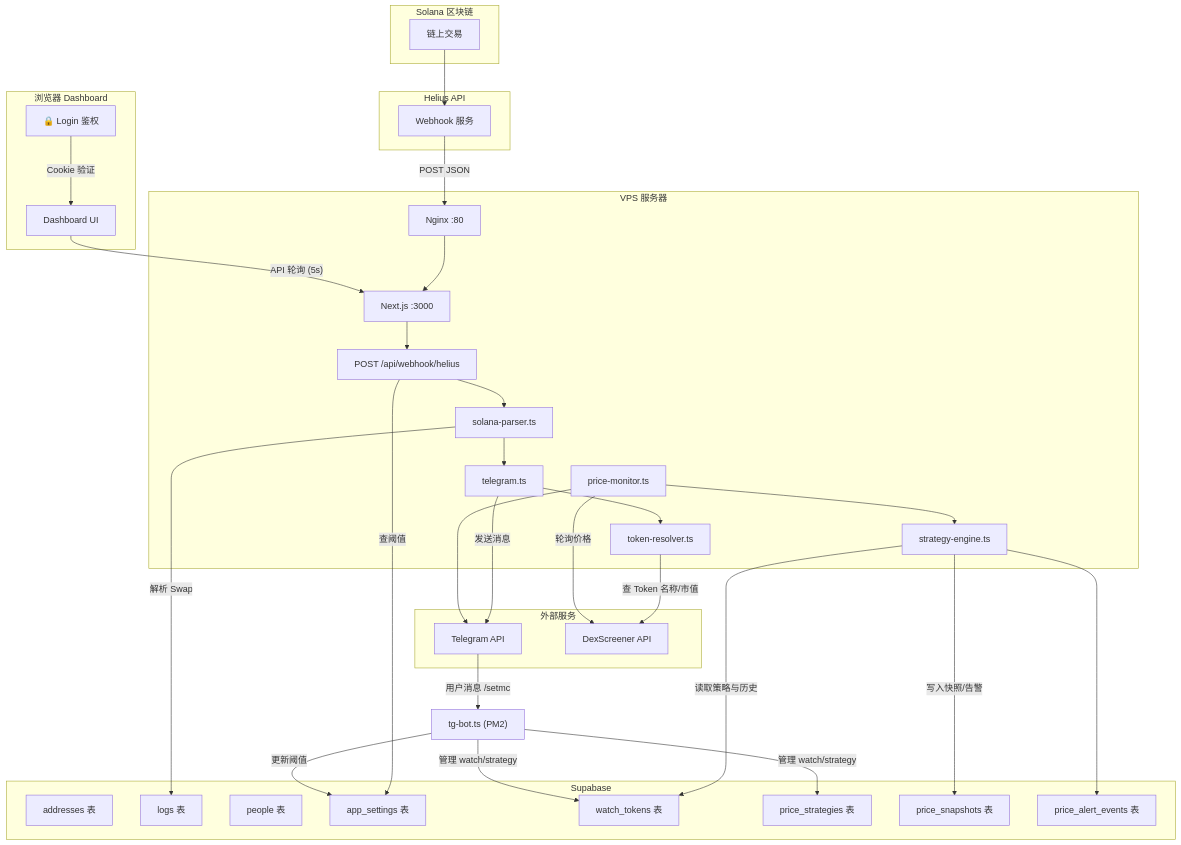
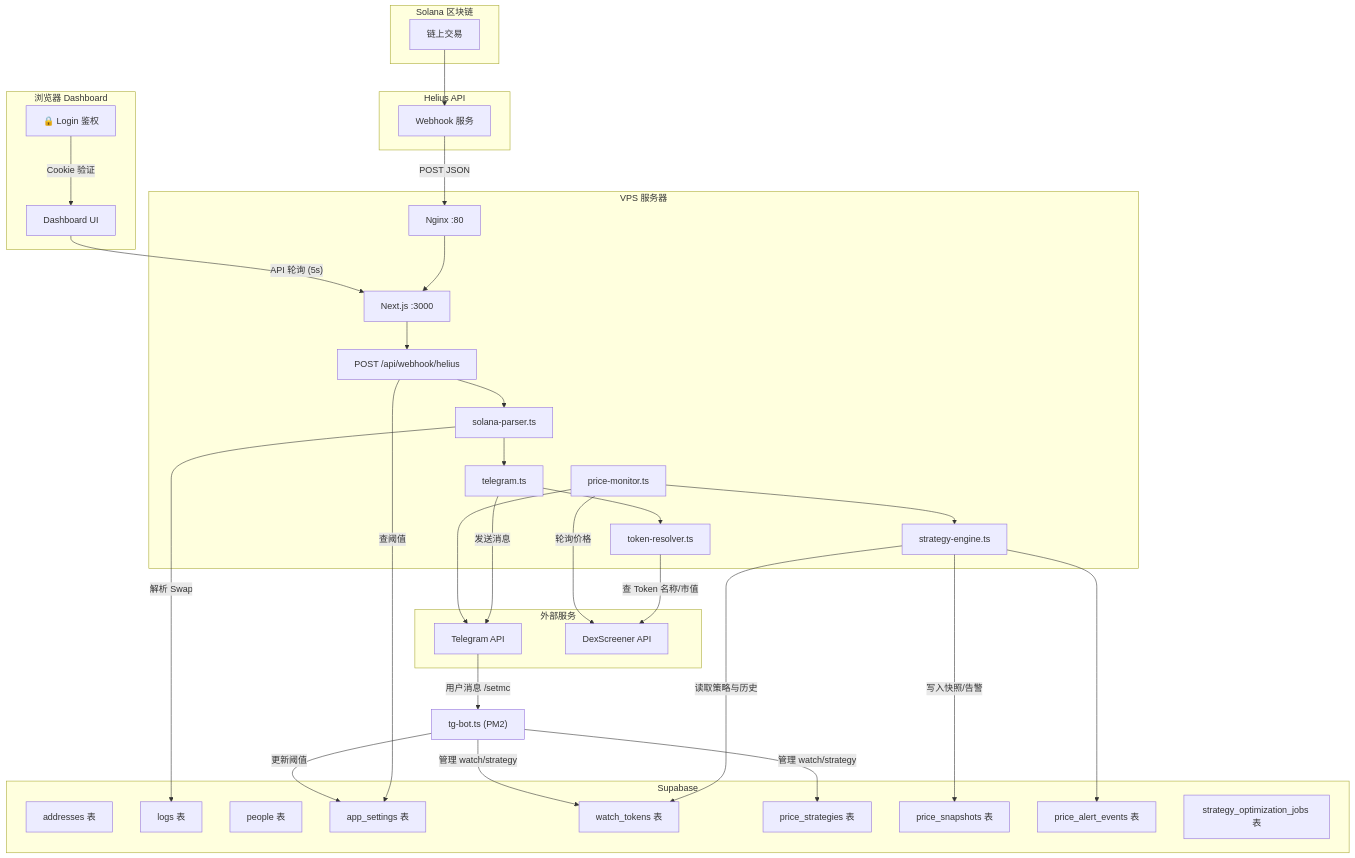
One commit to quant67/sol-tracker changed the first of 3 diagrams in docs/technical_doc.md. Above: the diagram before and after it, drawn with Mermaid. The commit also changed other lines of this file and 11 other files, not shown here.

````diff
--- a/docs/technical_doc.md
+++ b/docs/technical_doc.md
@@ -94,70 +98,71 @@
 ```mermaid
 graph TB
     subgraph Solana["Solana 区块链"]
         TX["链上交易"]
     end
 
     subgraph Helius["Helius API"]
         WH["Webhook 服务"]
     end
 
     subgraph VPS["VPS 服务器"]
         NGINX["Nginx :80"]
         NEXT["Next.js :3000"]
         API_WH["POST /api/webhook/helius"]
         PARSER["solana-parser.ts"]
         MONITOR["price-monitor.ts"]
         ENGINE["strategy-engine.ts"]
         TG_LIB["telegram.ts"]
         RESOLVER["token-resolver.ts"]
     end
 
     subgraph Supabase["Supabase"]
         DB_ADDR["addresses 表"]
         DB_LOGS["logs 表"]
         DB_PPL["people 表"]
         DB_SET["app_settings 表"]
         DB_WATCH["watch_tokens 表"]
         DB_STRAT["price_strategies 表"]
         DB_SNAP["price_snapshots 表"]
         DB_ALERT["price_alert_events 表"]
+        DB_OPT["strategy_optimization_jobs 表"]
     end
 
     subgraph External["外部服务"]
         TG["Telegram API"]
         DEX["DexScreener API"]
     end
 
     subgraph Client["浏览器 Dashboard"]
         AUTH["🔒 Login 鉴权"]
         DASH["Dashboard UI"]
     end
 
     TX --> WH
     WH -->|"POST JSON"| NGINX
     NGINX --> NEXT
     NEXT --> API_WH
     API_WH -->|"查阈值"| DB_SET
     API_WH --> PARSER
     PARSER -->|"解析 Swap"| DB_LOGS
     PARSER --> TG_LIB
     TG_LIB --> RESOLVER
     RESOLVER -->|"查 Token 名称/市值"| DEX
     TG_LIB -->|"发送消息"| TG
     AUTH -->|"Cookie 验证"| DASH
     DASH -->|"API 轮询 (5s)"| NEXT
 
     MONITOR -->|"轮询价格"| DEX
     MONITOR --> ENGINE
     ENGINE -->|"读取策略与历史"| DB_WATCH
     ENGINE -->|"写入快照/告警"| DB_SNAP
     ENGINE --> DB_ALERT
     MONITOR --> TG
     
     %% 独立 Bot 进程
     TG_BOT["tg-bot.ts (PM2)"]
     TG -->|"用户消息 /setmc"| TG_BOT
     TG_BOT -->|"更新阈值"| DB_SET
     TG_BOT -->|"管理 watch/strategy"| DB_WATCH
     TG_BOT -->|"管理 watch/strategy"| DB_STRAT
 ```
````
